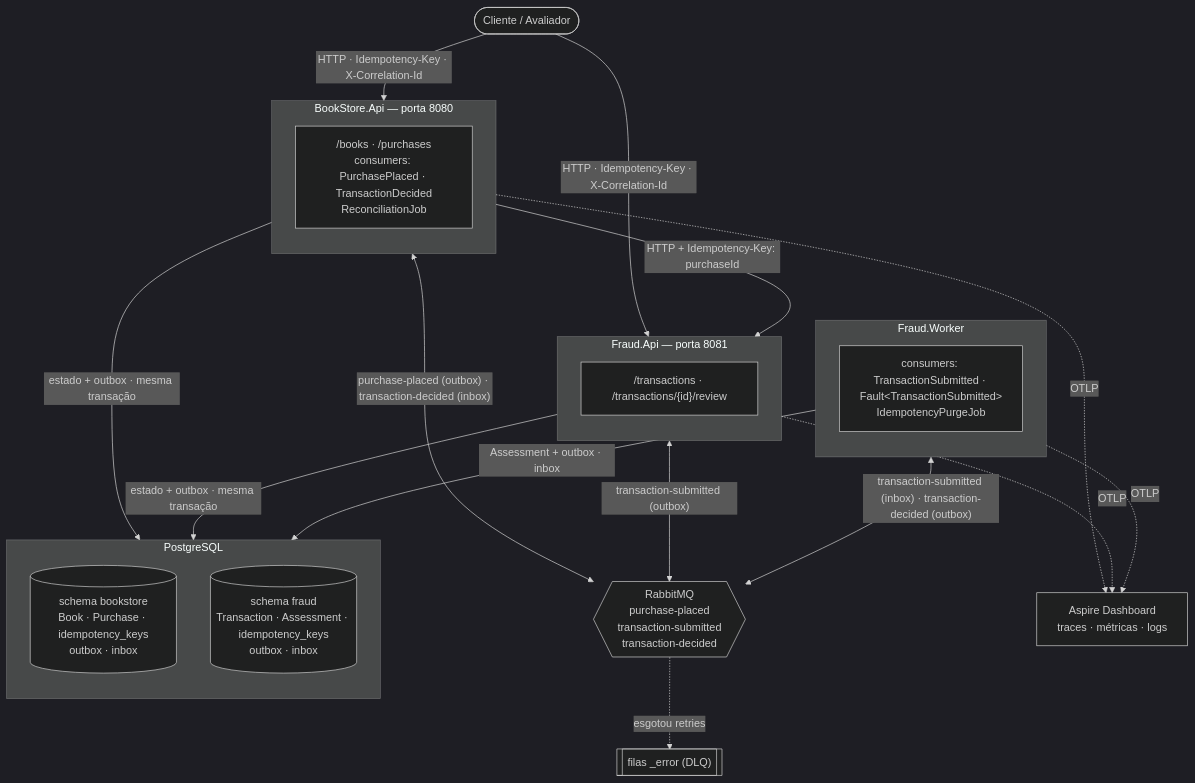
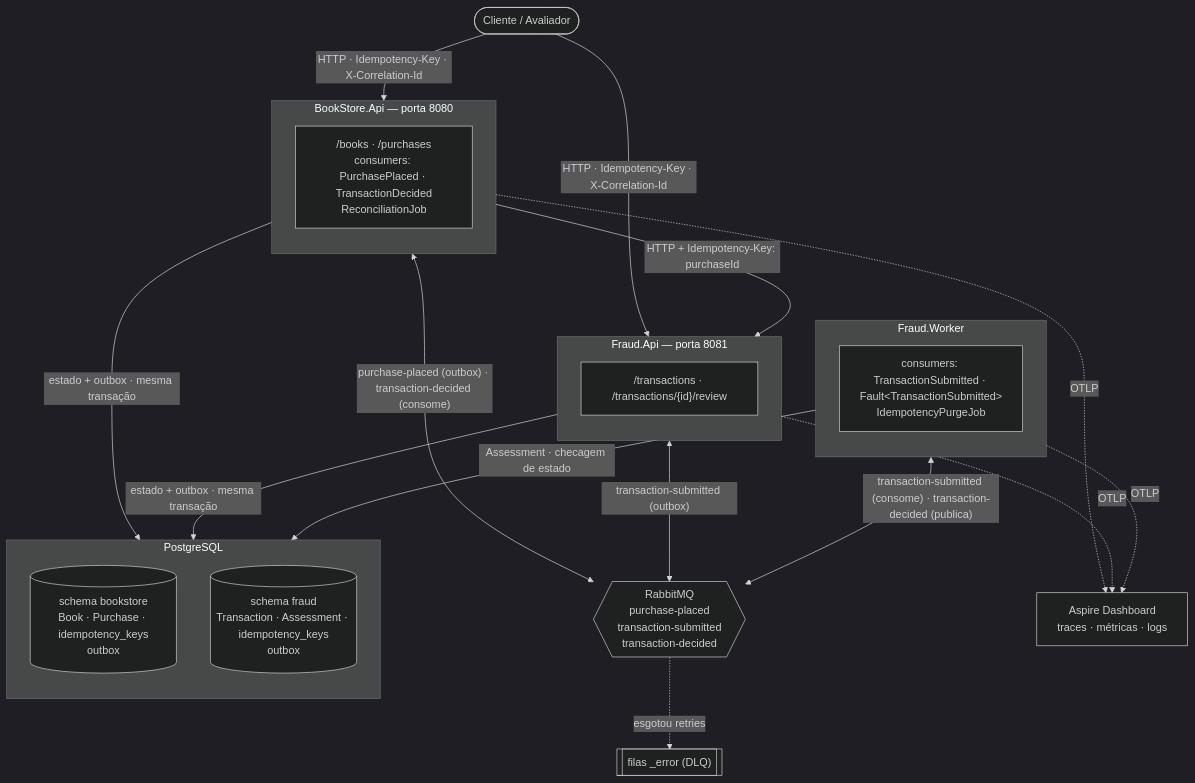
The first of 2 diagrams in README.md (Berthot/BookStore), drawn with Mermaid (dark theme) before and after one commit. The commit also changed other lines of this file and 5 other files, not shown here.

Commit message:
docs: alinhar README, ADRs e diagramas ao código — idempotência no consumidor por estado, inbox não ativado; limite de um outbox por bus

````diff
--- a/README.md
+++ b/README.md
@@ -169,43 +168,43 @@
 ```mermaid
 flowchart TB
   client([Cliente / Avaliador])
 
   subgraph bs["BookStore.Api — porta 8080"]
     direction TB
     bsep["/books · /purchases<br/>consumers: PurchasePlaced · TransactionDecided<br/>ReconciliationJob"]
   end
 
   subgraph fa["Fraud.Api — porta 8081"]
     direction TB
     faep["/transactions · /transactions/{id}/review"]
   end
 
   subgraph fw["Fraud.Worker"]
     direction TB
     fwc["consumers: TransactionSubmitted · Fault&lt;TransactionSubmitted&gt;<br/>IdempotencyPurgeJob"]
   end
 
   subgraph pg["PostgreSQL"]
     direction TB
-    sbs[("schema bookstore<br/>Book · Purchase · idempotency_keys<br/>outbox · inbox")]
-    sfr[("schema fraud<br/>Transaction · Assessment · idempotency_keys<br/>outbox · inbox")]
+    sbs[("schema bookstore<br/>Book · Purchase · idempotency_keys<br/>outbox")]
+    sfr[("schema fraud<br/>Transaction · Assessment · idempotency_keys<br/>outbox")]
   end
 
   mq{{"RabbitMQ<br/>purchase-placed<br/>transaction-submitted<br/>transaction-decided"}}
   err[["filas _error (DLQ)"]]
   dash["Aspire Dashboard<br/>traces · métricas · logs"]
 
   client -->|"HTTP · Idempotency-Key · X-Correlation-Id"| bs
   client -->|"HTTP · Idempotency-Key · X-Correlation-Id"| fa
   bs -->|"HTTP + Idempotency-Key: purchaseId"| fa
   bs -->|"estado + outbox · mesma transação"| sbs
-  bs <-->|"purchase-placed (outbox) · transaction-decided (inbox)"| mq
+  bs <-->|"purchase-placed (outbox) · transaction-decided (consome)"| mq
   fa -->|"estado + outbox · mesma transação"| sfr
   fa <-->|"transaction-submitted (outbox)"| mq
-  fw -->|"Assessment + outbox · inbox"| sfr
-  fw <-->|"transaction-submitted (inbox) · transaction-decided (outbox)"| mq
+  fw -->|"Assessment · checagem de estado"| sfr
+  fw <-->|"transaction-submitted (consome) · transaction-decided (publica)"| mq
   mq -.->|"esgotou retries"| err
   bs -.->|OTLP| dash
   fa -.->|OTLP| dash
   fw -.->|OTLP| dash
 ```
````
